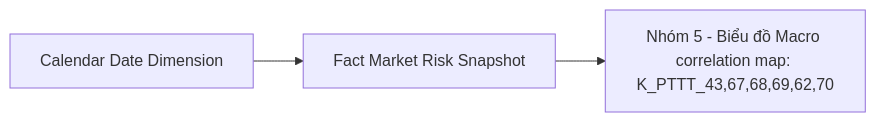
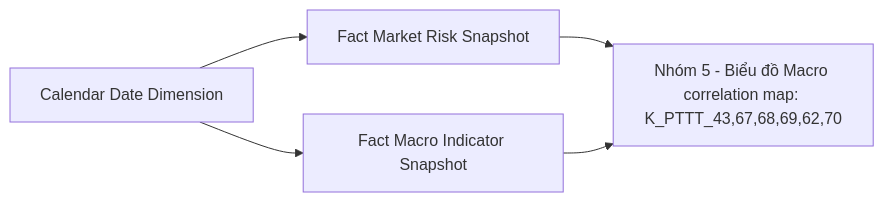
Before and after one commit to linhlvit/ubck_atomic_design: diagram 20 of 58 in Datamart/hld/DTM_PTTT_HLD.md, drawn with Mermaid. The commit also changed other lines of this file and 9 other files, not shown here.

Commit message:
feat(PTTT): update phan he : PTTT - unblock 102 KPI, them fct_macro_indicator_snpst va dong O_PTTT_11, O_PTTT_13

````diff
--- a/Datamart/hld/DTM_PTTT_HLD.md
+++ b/Datamart/hld/DTM_PTTT_HLD.md
@@ -920,5 +1075,7 @@
 ```mermaid
 flowchart LR
     fct_market_risk_snpst["Fact Market Risk Snapshot"] --> rpt_nhom5["Nhóm 5 - Biểu đồ Macro correlation map: K_PTTT_43,67,68,69,62,70"]
     cdr_dt_dim["Calendar Date Dimension"] --> fct_market_risk_snpst
+    fct_macro_indicator_snpst["Fact Macro Indicator Snapshot"] --> rpt_nhom5
+    cdr_dt_dim["Calendar Date Dimension"] --> fct_macro_indicator_snpst
 ```
````
